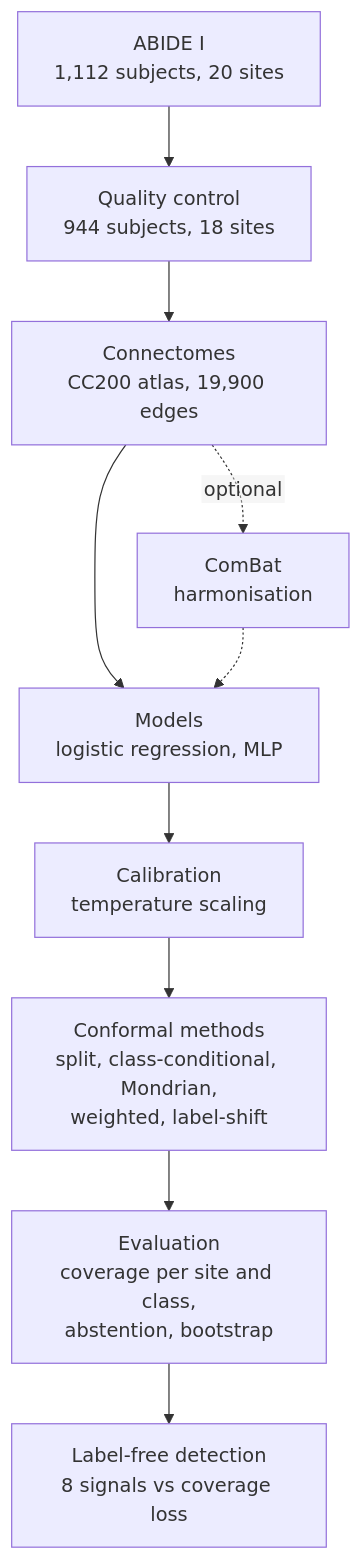
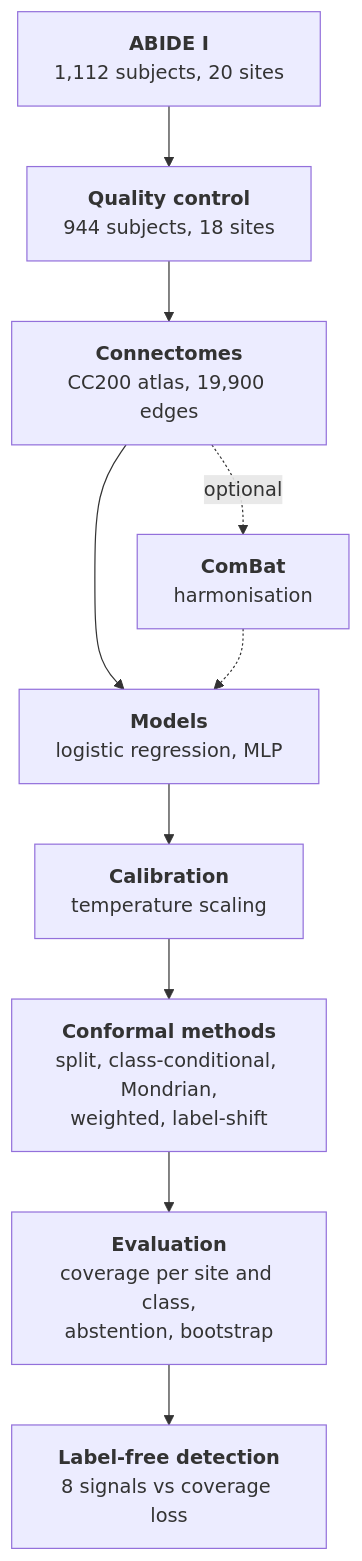
One commit to amarilokmane1-code/shiftguard changed the diagram in README.md. Above: the diagram before and after it, drawn with Mermaid.

Commit message:
README: markdown-string labels in the diagram (fixes clipped text on GitHub)

````diff
--- a/README.md
+++ b/README.md
@@ -67,13 +67,23 @@
 ```mermaid
-%%{init: {"flowchart": {"htmlLabels": false}}}%%
 flowchart TD
-    A["ABIDE I<br/>1,112 subjects, 20 sites"] --> B["Quality control<br/>944 subjects, 18 sites"]
-    B --> C["Connectomes<br/>CC200 atlas, 19,900 edges"]
-    C --> D["Models<br/>logistic regression, MLP"]
-    C -. optional .-> H["ComBat<br/>harmonisation"]
+    A["`**ABIDE I**
+    1,112 subjects, 20 sites`"] --> B["`**Quality control**
+    944 subjects, 18 sites`"]
+    B --> C["`**Connectomes**
+    CC200 atlas, 19,900 edges`"]
+    C --> D["`**Models**
+    logistic regression, MLP`"]
+    C -. optional .-> H["`**ComBat**
+    harmonisation`"]
     H -.-> D
-    D --> E["Calibration<br/>temperature scaling"]
-    E --> F["Conformal methods<br/>split, class-conditional, Mondrian,<br/>weighted, label-shift"]
-    F --> G["Evaluation<br/>coverage per site and class,<br/>abstention, bootstrap"]
-    G --> I["Label-free detection<br/>8 signals vs coverage loss"]
+    D --> E["`**Calibration**
+    temperature scaling`"]
+    E --> F["`**Conformal methods**
+    split, class-conditional, Mondrian,
+    weighted, label-shift`"]
+    F --> G["`**Evaluation**
+    coverage per site and class,
+    abstention, bootstrap`"]
+    G --> I["`**Label-free detection**
+    8 signals vs coverage loss`"]
 ```
````
